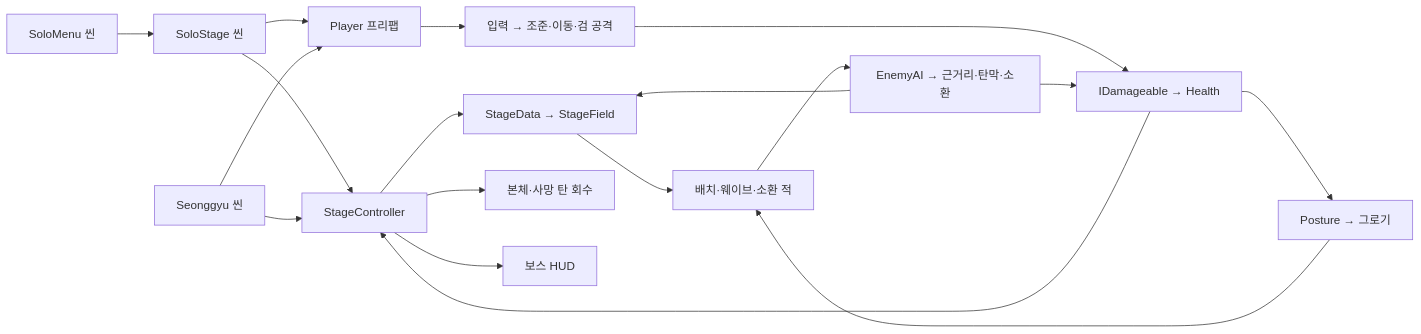
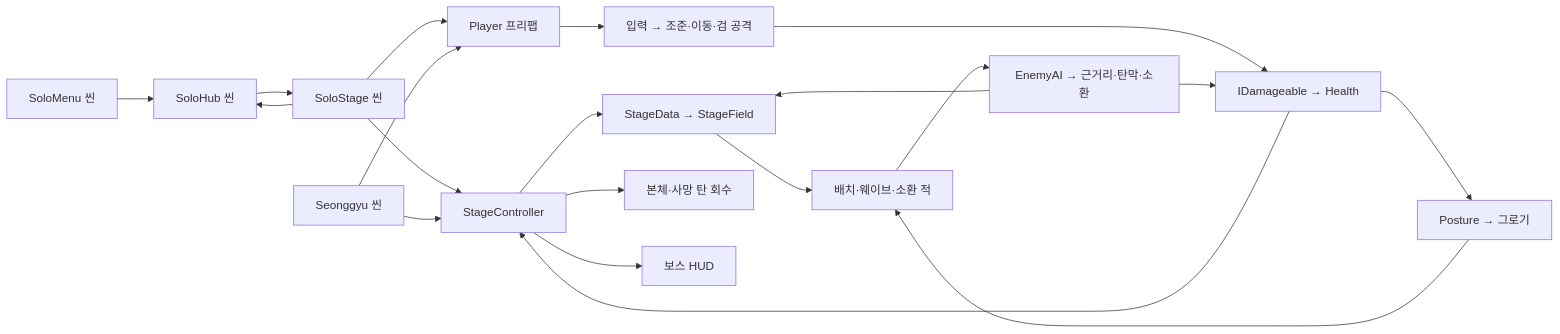
Before and after one commit to TwincleStakey/Project_Bluereaper: the diagram in docs/SYSTEM_MAP.md, drawn with Mermaid. The commit also changed other lines of this file and 10 other files, not shown here.

Commit message:
Add the playable solo hub and restore all Stage 1 fields

````diff
--- a/docs/SYSTEM_MAP.md
+++ b/docs/SYSTEM_MAP.md
@@ -5,20 +5,22 @@
 ```mermaid
 flowchart LR
-    Menu["SoloMenu 씬"] --> Solo["SoloStage 씬"]
+    Menu["SoloMenu 씬"] --> Hub["SoloHub 씬"]
+    Hub --> Solo["SoloStage 씬"]
+    Solo --> Hub
     Solo --> Stage["StageController"]
     Solo --> Player["Player 프리팹"]
     Scene["Seonggyu 씬"] --> Stage
     Scene --> Player["Player 프리팹"]
     Stage --> Field["StageData → StageField"]
     Field --> Enemy["배치·웨이브·소환 적"]
     Player --> Attack["입력 → 조준·이동·검 공격"]
     Enemy --> Effects["EnemyAI → 근거리·탄막·소환"]
     Effects --> Field
     Attack --> Health["IDamageable → Health"]
     Effects --> Health
     Health --> Stage
     Health --> Posture["Posture → 그로기"]
     Posture --> Enemy
     Stage --> Pool["본체·사망 탄 회수"]
     Stage --> HUD["보스 HUD"]
 ```
````
